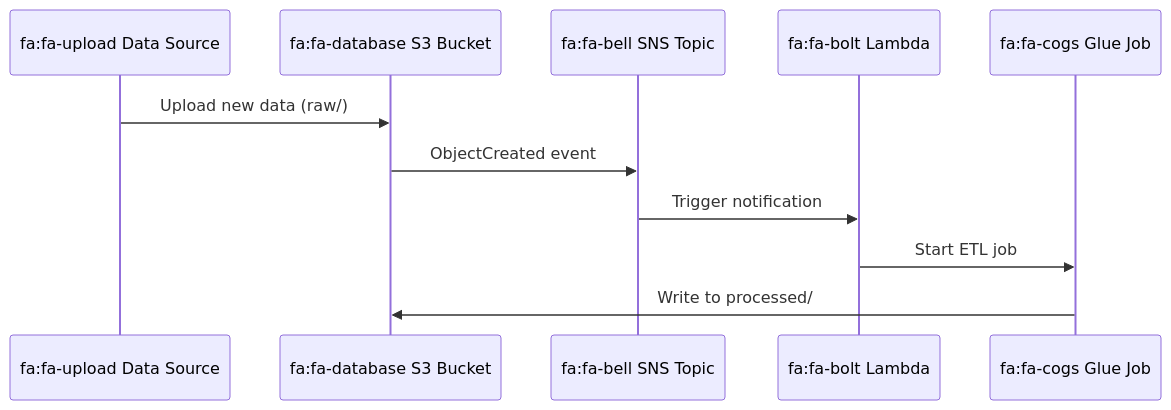
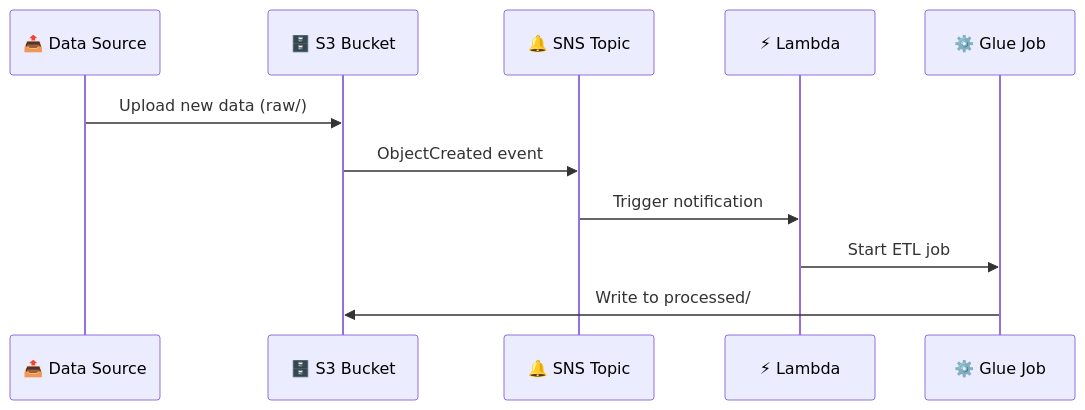
The third of 3 diagrams in aws-ml-associate-prep/02-s3-data-lake/LAB.md (vinu76jsr/aws-sample-projects), drawn with Mermaid before and after one commit. The commit also changed other lines of this file and 15 other files, not shown here.

First line of the commit message:
docs(ml-labs): Replace emoji shortcodes with Unicode emojis in Mermaid diagrams

````diff
--- a/aws-ml-associate-prep/02-s3-data-lake/LAB.md
+++ b/aws-ml-associate-prep/02-s3-data-lake/LAB.md
@@ -73,14 +73,14 @@
 ```mermaid
 sequenceDiagram
-    participant App as fa:fa-upload Data Source
-    participant S3 as fa:fa-database S3 Bucket
-    participant SNS as fa:fa-bell SNS Topic
-    participant Lambda as fa:fa-bolt Lambda
-    participant Glue as fa:fa-cogs Glue Job
+    participant App as 📤 Data Source
+    participant S3 as 🗄️ S3 Bucket
+    participant SNS as 🔔 SNS Topic
+    participant Lambda as ⚡ Lambda
+    participant Glue as ⚙️ Glue Job
 
     App->>S3: Upload new data (raw/)
     S3->>SNS: ObjectCreated event
     SNS->>Lambda: Trigger notification
     Lambda->>Glue: Start ETL job
     Glue->>S3: Write to processed/
 ```
````
